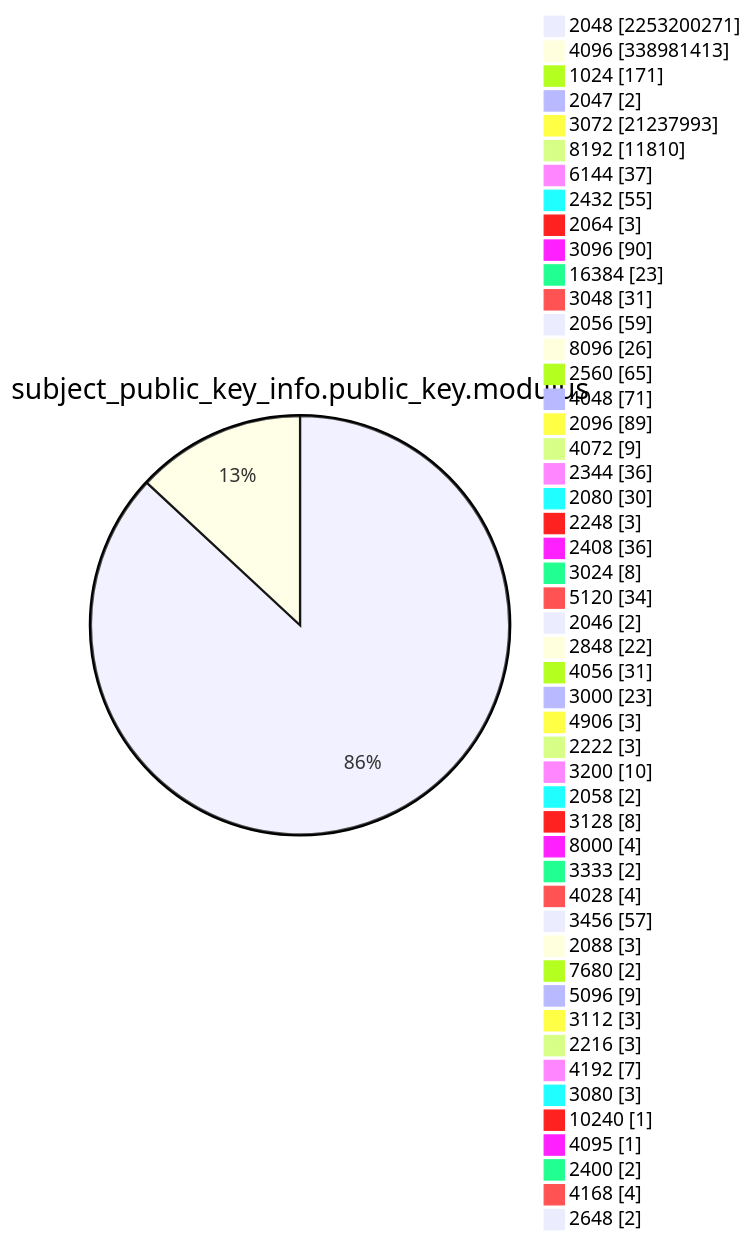
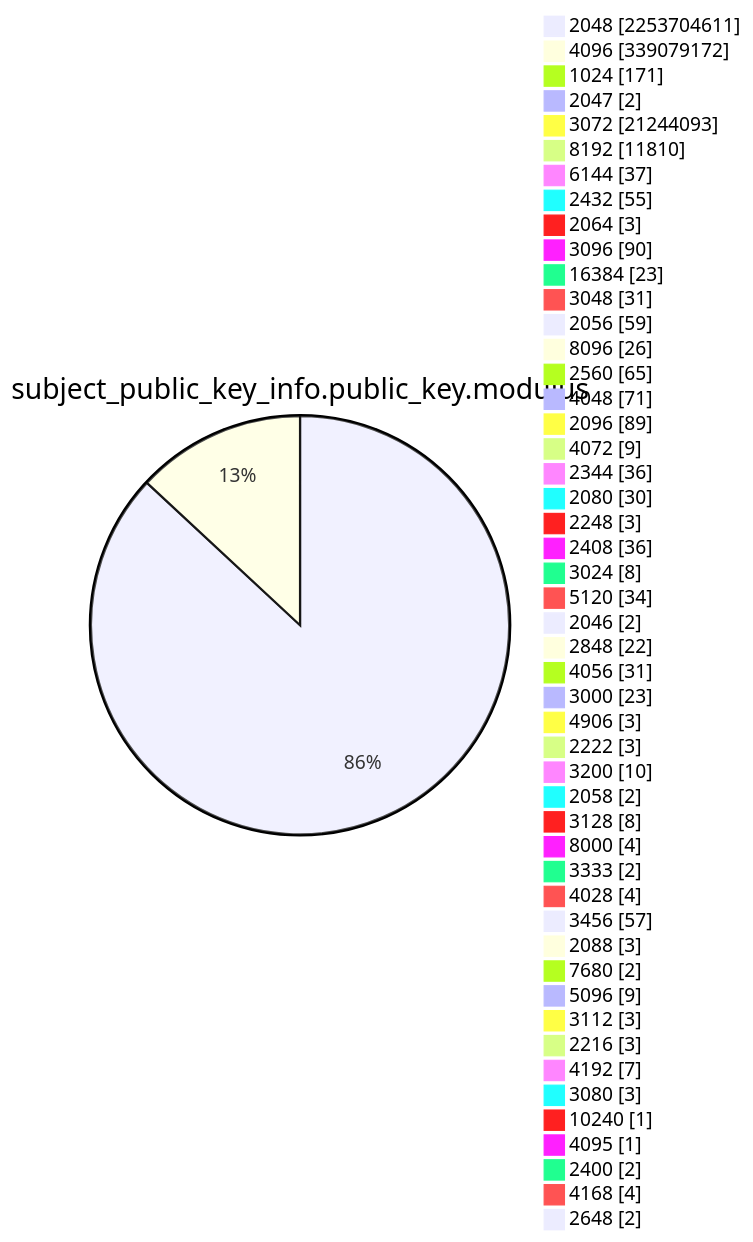
One commit to christiankrug/ctmonitor_visualization changed diagram 13 of 15 in TOTAL/README.md. Above: the diagram before and after it, drawn with Mermaid. The commit also changed other lines of this file, not shown here.

````diff
--- a/TOTAL/README.md
+++ b/TOTAL/README.md
@@ -4166,53 +4166,53 @@
 ```mermaid
 pie showData
 title subject_public_key_info.public_key.modulus
-"2048" :2253200271
-"4096" :338981413
+"2048" :2253704611
+"4096" :339079172
 "1024" :171
 "2047" :2
-"3072" :21237993
+"3072" :21244093
 "8192" :11810
 "6144" :37
 "2432" :55
 "2064" :3
 "3096" :90
 "16384" :23
 "3048" :31
 "2056" :59
 "8096" :26
 "2560" :65
 "4048" :71
 "2096" :89
 "4072" :9
 "2344" :36
 "2080" :30
 "2248" :3
 "2408" :36
 "3024" :8
 "5120" :34
 "2046" :2
 "2848" :22
 "4056" :31
 "3000" :23
 "4906" :3
 "2222" :3
 "3200" :10
 "2058" :2
 "3128" :8
 "8000" :4
 "3333" :2
 "4028" :4
 "3456" :57
 "2088" :3
 "7680" :2
 "5096" :9
 "3112" :3
 "2216" :3
 "4192" :7
 "3080" :3
 "10240" :1
 "4095" :1
 "2400" :2
 "4168" :4
 "2648" :2
 ```
````
